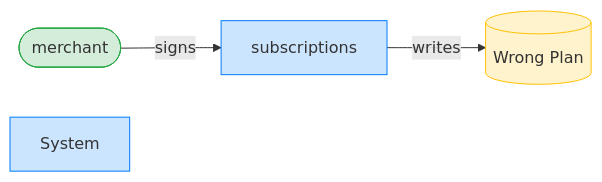
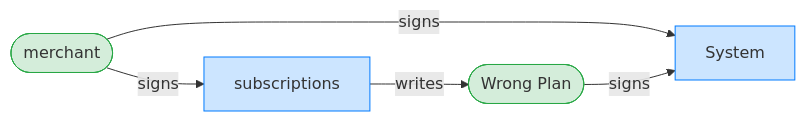
Diagram 19 of 20 in dsl_tests/resume-rejects-a-mismatched-plan.md (cds-rs/subscriptions), drawn with Mermaid before and after one commit. The commit also changed other lines of this file and 224 other files, not shown here.

````diff
--- a/dsl_tests/resume-rejects-a-mismatched-plan.md
+++ b/dsl_tests/resume-rejects-a-mismatched-plan.md
@@ -347,12 +364,14 @@
 ```mermaid
 flowchart LR
     classDef signer fill:#d4edda,stroke:#28a745;
     classDef program fill:#cce5ff,stroke:#007bff;
     classDef writable fill:#fff3cd,stroke:#ffc107;
     subscriptions[subscriptions]:::program
     merchant([merchant]):::signer
-    Wrong_Plan[("Wrong Plan")]:::writable
+    Wrong_Plan(["Wrong Plan"]):::signer
     System[System]:::program
     merchant -->|signs| subscriptions
+    merchant -->|signs| System
+    Wrong_Plan -->|signs| System
     subscriptions -->|writes| Wrong_Plan
 ```
````
